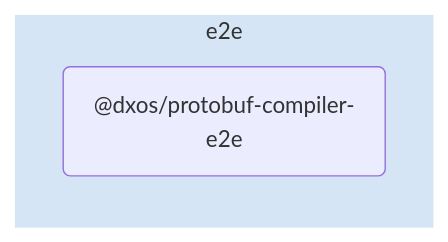
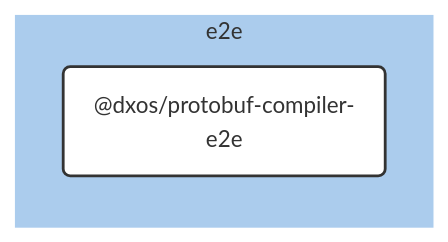
One commit to dxos/dxos changed the diagram in e2e/protobuf-compiler/docs/README.md. Above: the diagram before and after it, drawn with Mermaid. The commit also changed other lines of this file and 109 other files, not shown here.

````diff
--- a/e2e/protobuf-compiler/docs/README.md
+++ b/e2e/protobuf-compiler/docs/README.md
@@ -5,9 +7,25 @@
 ```mermaid
-flowchart LR;
+%%{ init: {'flowchart':{'curve':'basis'}} }%%
 
+flowchart LR
+
+%% Links
+
+%% Sections
 subgraph e2e
-  style e2e fill:#d6e5f5,stroke:#fff;
-  dxos/protobuf-compiler-e2e("@dxos/protobuf-compiler-e2e");
+  style e2e fill:#abcced,stroke:#fff;
+
+  dxos/protobuf-compiler-e2e("@dxos/protobuf-compiler-e2e")
 end
 
+
+%% Hyperlinks
+
+%% Styles
+classDef rootNode fill:#fff,stroke:#333,stroke-width:2px
+classDef defaultNode fill:#fff,stroke:#333,stroke-width:1px
+linkStyle default stroke:#333,stroke-width:1px
+
+dxos/protobuf-compiler-e2e:::rootNode
+
 ```
````
